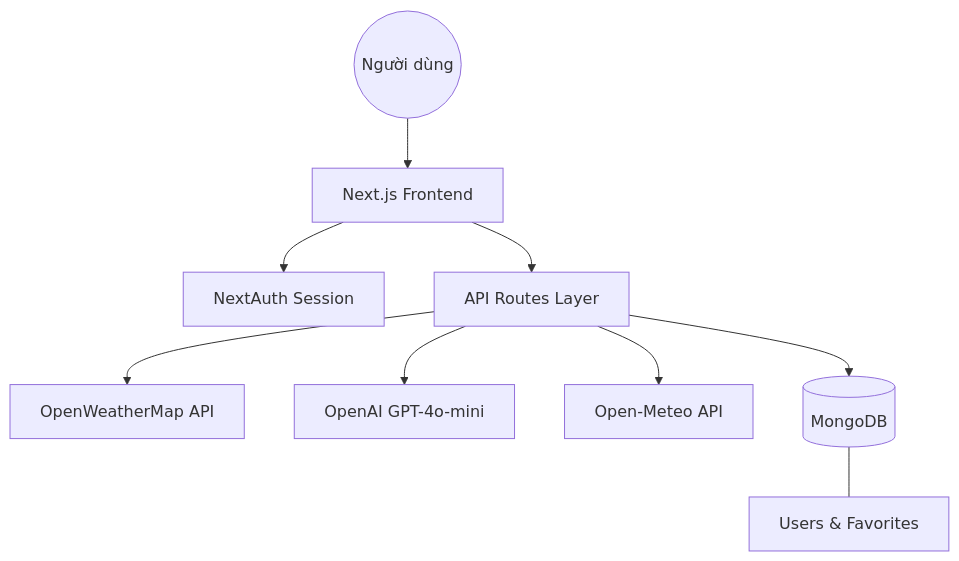
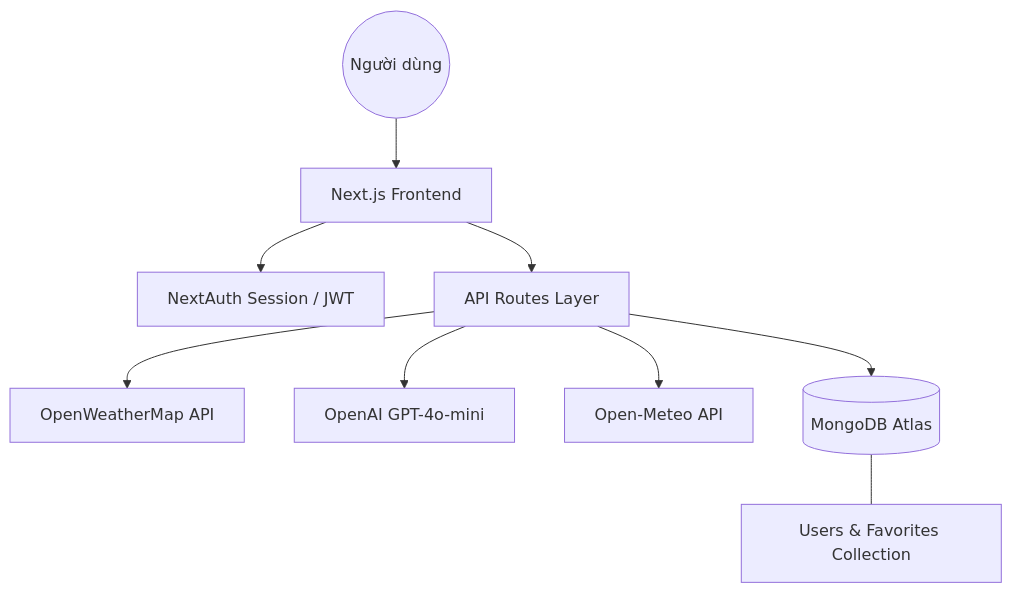
The diagram in REPORT.md (1721031063-PPB/DoAnGKCDPTPM_PPB), drawn with Mermaid before and after one commit. The commit also changed other lines of this file and 3 other files, not shown here.

````diff
--- a/REPORT.md
+++ b/REPORT.md
@@ -64,13 +116,13 @@
 ```mermaid
 graph TD
     User((Người dùng)) --> Frontend[Next.js Frontend]
-    Frontend --> Auth[NextAuth Session]
+    Frontend --> Auth[NextAuth Session / JWT]
     Frontend --> API[API Routes Layer]
-    
+
     API --> OWM[OpenWeatherMap API]
     API --> GPT[OpenAI GPT-4o-mini]
     API --> METEO[Open-Meteo API]
-    API --> DB[(MongoDB)]
-    
-    DB --- Users[Users & Favorites]
+    API --> DB[(MongoDB Atlas)]
+
+    DB --- Users[Users & Favorites Collection]
 ```
````
